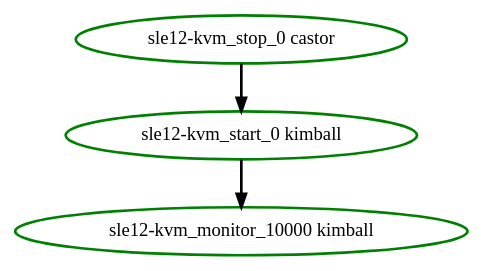
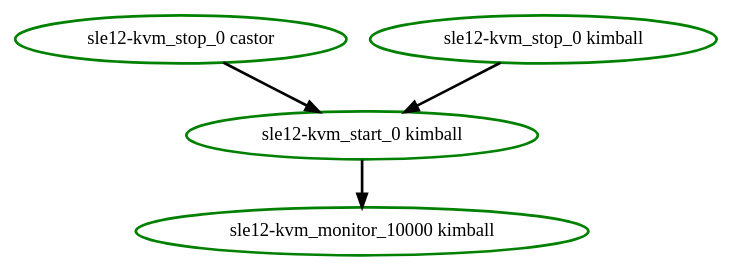
Before and after one commit to ClusterLabs/pacemaker: the diagram in cts/scheduler/dot/not-reschedule-unneeded-monitor.dot, drawn with Graphviz. The commit also changed 2 other files, not shown here.

```diff
--- a/cts/scheduler/dot/not-reschedule-unneeded-monitor.dot
+++ b/cts/scheduler/dot/not-reschedule-unneeded-monitor.dot
@@ -1,7 +1,9 @@
  digraph "g" {
 "sle12-kvm_monitor_10000 kimball" [ style=bold color="green" fontcolor="black"]
 "sle12-kvm_start_0 kimball" -> "sle12-kvm_monitor_10000 kimball" [ style = bold]
 "sle12-kvm_start_0 kimball" [ style=bold color="green" fontcolor="black"]
 "sle12-kvm_stop_0 castor" -> "sle12-kvm_start_0 kimball" [ style = bold]
 "sle12-kvm_stop_0 castor" [ style=bold color="green" fontcolor="black"]
+"sle12-kvm_stop_0 kimball" -> "sle12-kvm_start_0 kimball" [ style = bold]
+"sle12-kvm_stop_0 kimball" [ style=bold color="green" fontcolor="black"]
 }
```
